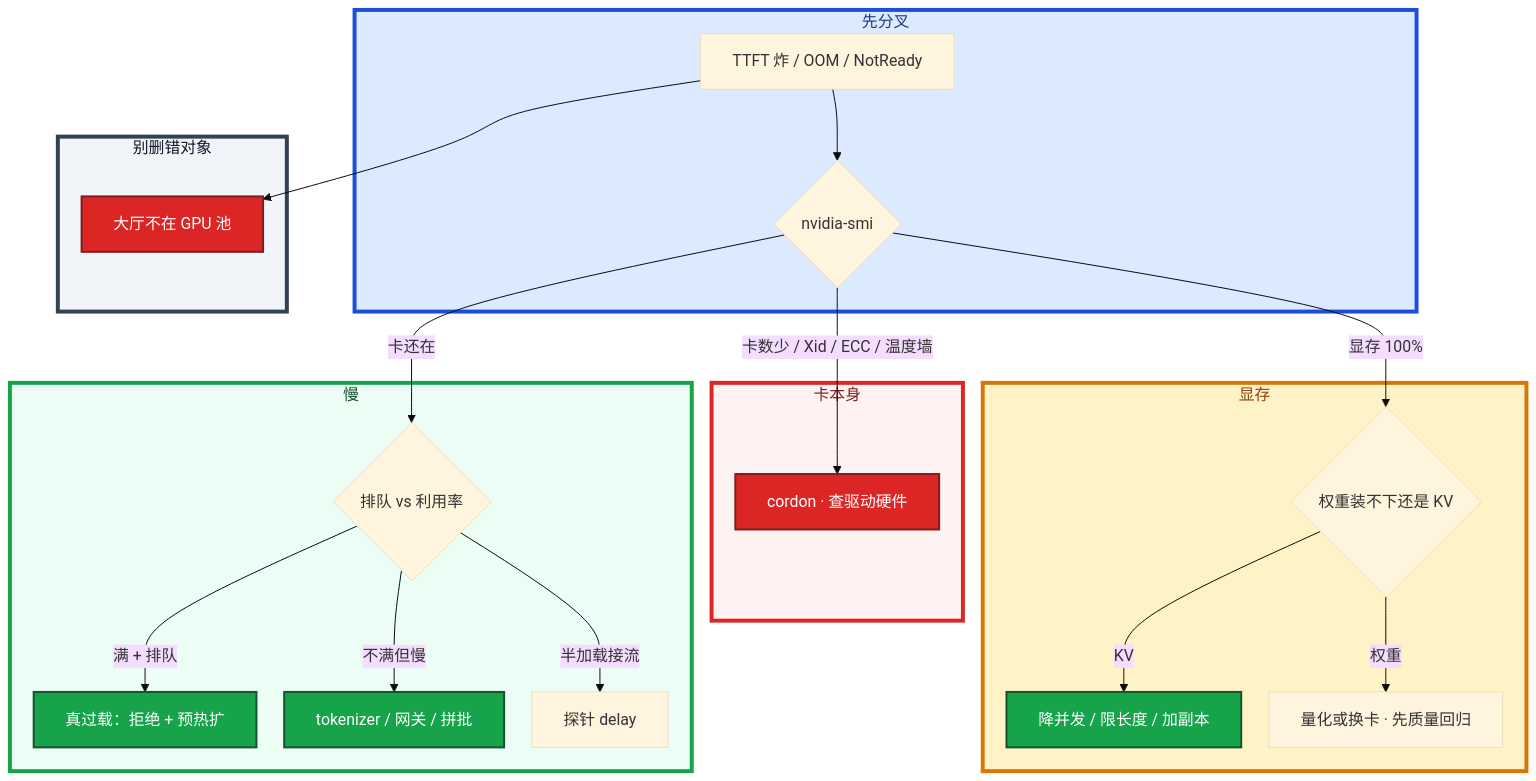
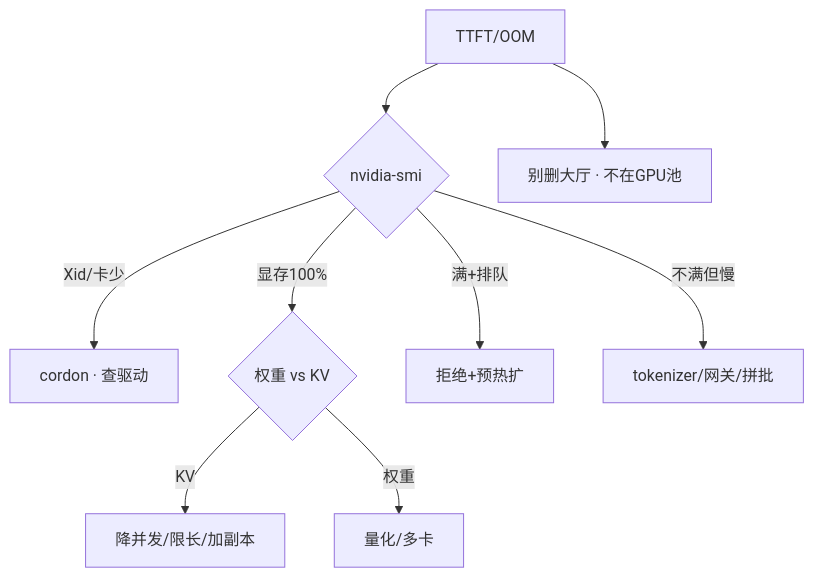
One commit to ml-cuizijun/LearnToLilith changed the sixth of 6 diagrams in 09-AI与智能运维/08-GPU与推理服务运维/知识点.md. Above: the diagram before and after it, drawn with Mermaid. The commit also changed other lines of this file and 213 other files, not shown here.

````diff
--- a/09-AI与智能运维/08-GPU与推理服务运维/知识点.md
+++ b/09-AI与智能运维/08-GPU与推理服务运维/知识点.md
@@ -404,39 +290,11 @@
 ```mermaid
-%%{init: {"flowchart": {"padding": 16, "nodeSpacing": 28, "rankSpacing": 48}, "theme": "base"}}%%
 flowchart TB
-    subgraph gate ["先分叉"]
-        A[TTFT 炸 / OOM / NotReady] --> B{nvidia-smi}
-    end
-
-    subgraph hw ["卡本身"]
-        B -->|卡数少 / Xid / ECC / 温度墙| C[cordon · 查驱动硬件]
-    end
-
-    subgraph mem ["显存"]
-        B -->|显存 100%| D{权重装不下还是 KV}
-        D -->|KV| E[降并发 / 限长度 / 加副本]
-        D -->|权重| F[量化或换卡 · 先质量回归]
-    end
-
-    subgraph slow ["慢"]
-        B -->|卡还在| G{排队 vs 利用率}
-        G -->|满 + 排队| H[真过载：拒绝 + 预热扩]
-        G -->|不满但慢| I[tokenizer / 网关 / 拼批]
-        G -->|半加载接流| J[探针 delay]
-    end
-
-    subgraph other ["别删错对象"]
-        A --> K[大厅不在 GPU 池]
-    end
-
-    classDef bad fill:#DC2626,stroke:#7F1D1D,stroke-width:2px,color:#fff
-    classDef ok fill:#16A34A,stroke:#14532D,stroke-width:2px,color:#fff
-    class C,K bad
-    class E,H,I ok
-
-    style gate fill:#DBEAFE,stroke:#1D4ED8,stroke-width:4px,color:#1E3A8A
-    style hw fill:#FEF2F2,stroke:#DC2626,stroke-width:4px,color:#7F1D1D
-    style mem fill:#FEF3C7,stroke:#D97706,stroke-width:4px,color:#92400E
-    style slow fill:#ECFDF5,stroke:#16A34A,stroke-width:4px,color:#14532D
-    style other fill:#F1F5F9,stroke:#334155,stroke-width:4px,color:#0F172A
+    A["TTFT/OOM"] --> B{"nvidia-smi"}
+    B -->|Xid/卡少| C["cordon · 查驱动"]
+    B -->|显存100%| D{"权重 vs KV"}
+    D -->|KV| E["降并发/限长/加副本"]
+    D -->|权重| F["量化/多卡"]
+    B -->|满+排队| G["拒绝+预热扩"]
+    B -->|不满但慢| H["tokenizer/网关/拼批"]
+    A --> I["别删大厅 · 不在GPU池"]
 ```
````
